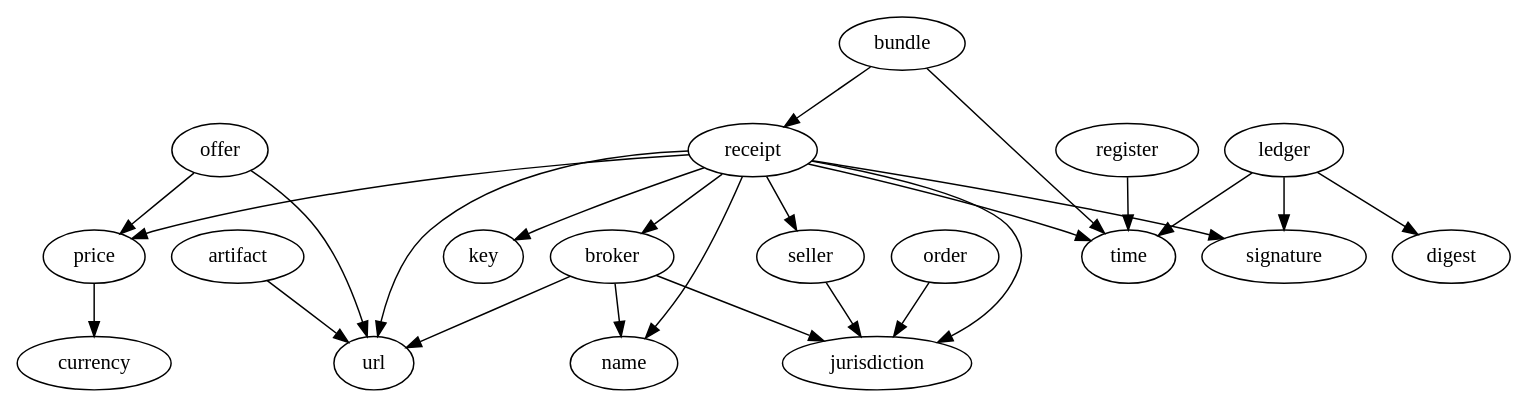
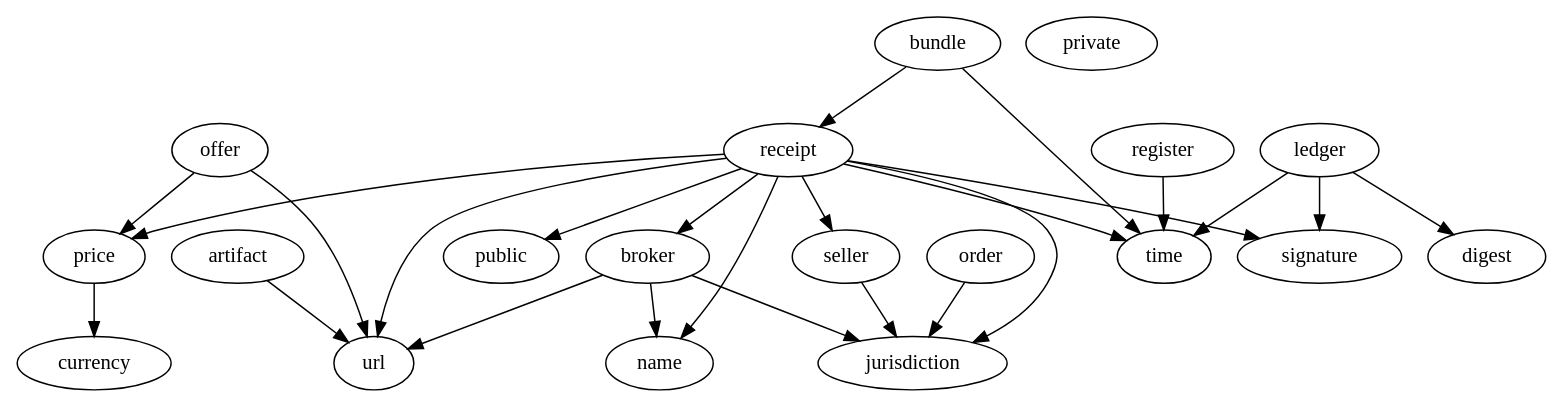
One commit to licensezero/protocol.licensezero.com changed the diagram in 1.0.0-pre/schemas.dot. Above: the diagram before and after it, drawn with Graphviz. The commit also changed 4 other files, not shown here.

Commit message:
Publish schemas for both public and private keys

```diff
--- a/1.0.0-pre/schemas.dot
+++ b/1.0.0-pre/schemas.dot
@@ -1,31 +1,32 @@
 digraph {
   artifact[href="https://protocol.licensezero.com/1.0.0-pre/artifact.json"];
   broker[href="https://protocol.licensezero.com/1.0.0-pre/broker.json"];
   bundle[href="https://protocol.licensezero.com/1.0.0-pre/bundle.json"];
   currency[href="https://protocol.licensezero.com/1.0.0-pre/currency.json"];
   digest[href="https://protocol.licensezero.com/1.0.0-pre/digest.json"];
   jurisdiction[href="https://protocol.licensezero.com/1.0.0-pre/jurisdiction.json"];
-  key[href="https://protocol.licensezero.com/1.0.0-pre/key.json"];
+  public[href="https://protocol.licensezero.com/1.0.0-pre/public.json"];
+  private[href="https://protocol.licensezero.com/1.0.0-pre/private.json"];
   ledger[href="https://protocol.licensezero.com/1.0.0-pre/ledger.json"];
   name[href="https://protocol.licensezero.com/1.0.0-pre/name.json"];
   offer[href="https://protocol.licensezero.com/1.0.0-pre/offer.json"];
   order[href="https://protocol.licensezero.com/1.0.0-pre/order.json"];
   price[href="https://protocol.licensezero.com/1.0.0-pre/price.json"];
   receipt[href="https://protocol.licensezero.com/1.0.0-pre/receipt.json"];
   register[href="https://protocol.licensezero.com/1.0.0-pre/register.json"];
   seller[href="https://protocol.licensezero.com/1.0.0-pre/seller.json"];
   signature[href="https://protocol.licensezero.com/1.0.0-pre/signature.json"];
   time[href="https://protocol.licensezero.com/1.0.0-pre/time.json"];
   url[href="https://protocol.licensezero.com/1.0.0-pre/url.json"];
 
   artifact -> {url};
   broker -> {jurisdiction, name, url};
   bundle -> {time, receipt};
   ledger -> {digest, signature, time};
   offer -> {price, url};
   order -> {jurisdiction};
   price -> {currency};
-  receipt -> {key, url, time, price, jurisdiction, name, seller, broker, signature};
+  receipt -> {public, url, time, price, jurisdiction, name, seller, broker, signature};
   register -> {time};
   seller -> {jurisdiction};
 }
```
